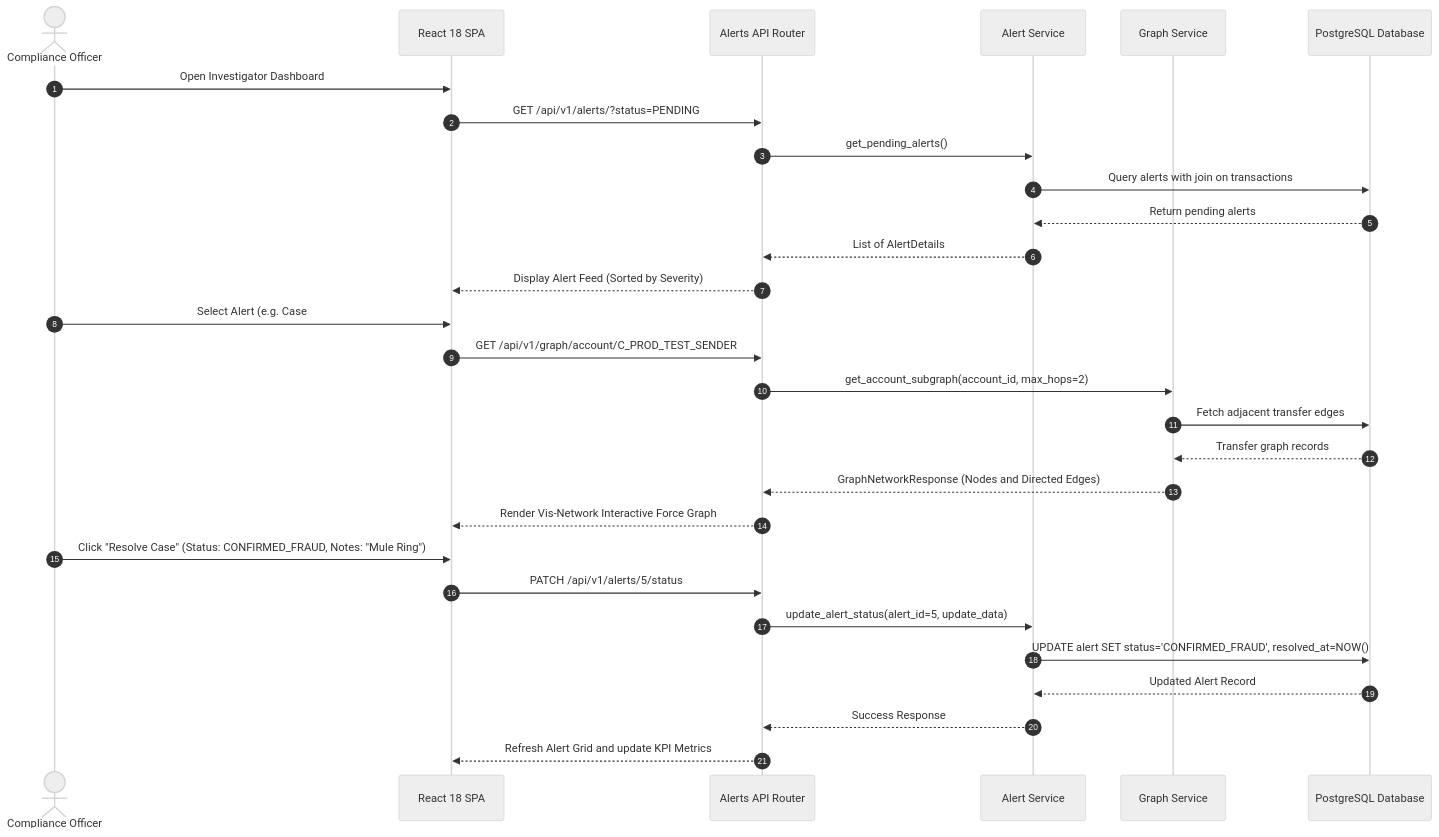
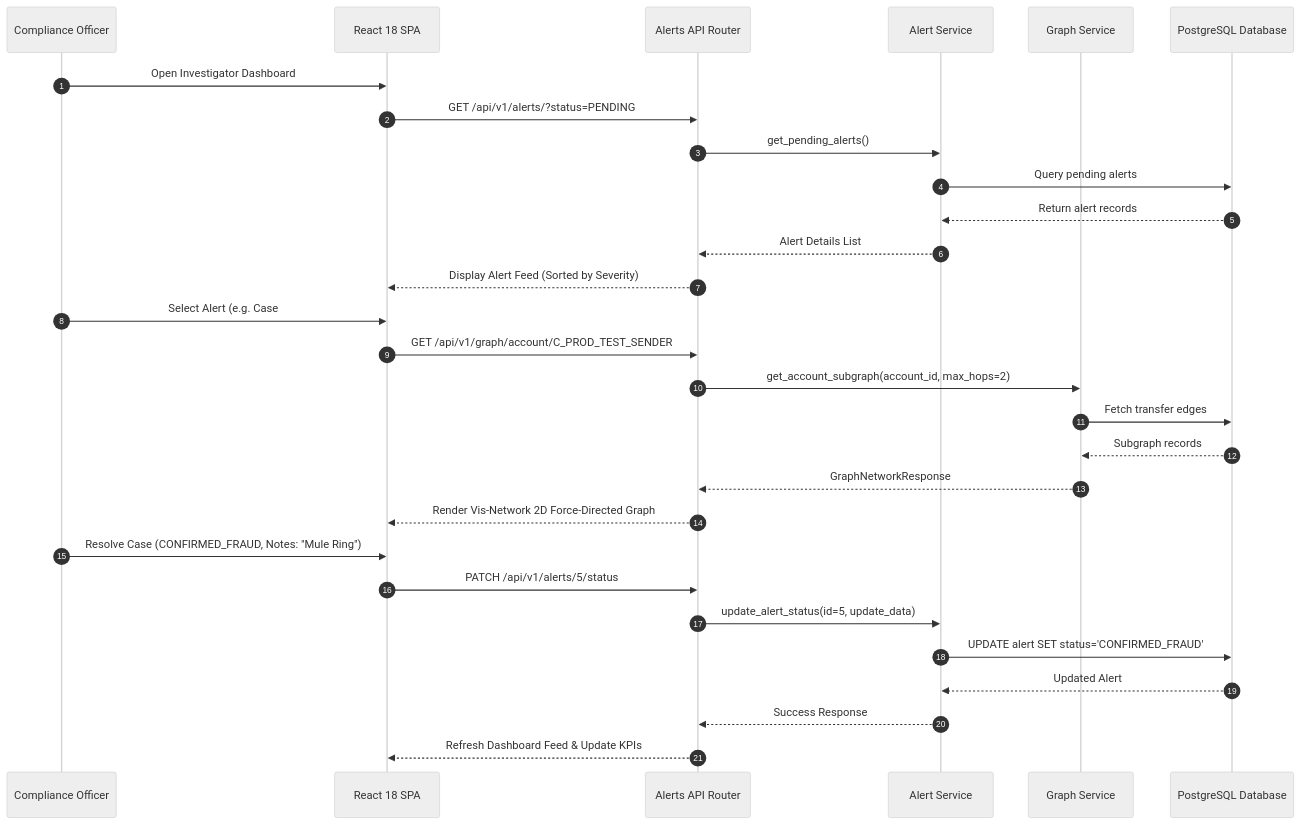
Before and after one commit to BharathKumar113/anti_money_laundering: diagram 13 of 14 in documentation.md, drawn with Mermaid (neutral theme). The commit also changed other lines of this file, not shown here.

Commit message:
docs: finalize full-length academic documentation with dual-rendered UML and architecture diagrams

````diff
--- a/documentation.md
+++ b/documentation.md
@@ -758,34 +923,34 @@
 ```mermaid
 sequenceDiagram
     autonumber
-    actor Officer as Compliance Officer
+    participant Officer as Compliance Officer
     participant UI as React 18 SPA
     participant Router as Alerts API Router
     participant AlertSvc as Alert Service
     participant GraphSvc as Graph Service
     participant DB as PostgreSQL Database
 
     Officer->>UI: Open Investigator Dashboard
     UI->>Router: GET /api/v1/alerts/?status=PENDING
     Router->>AlertSvc: get_pending_alerts()
-    AlertSvc->>DB: Query alerts with join on transactions
-    DB-->>AlertSvc: Return pending alerts
-    AlertSvc-->>Router: List of AlertDetails
+    AlertSvc->>DB: Query pending alerts
+    DB-->>AlertSvc: Return alert records
+    AlertSvc-->>Router: Alert Details List
     Router-->>UI: Display Alert Feed (Sorted by Severity)
 
     Officer->>UI: Select Alert (e.g. Case #5, Risk: 0.8711)
     UI->>Router: GET /api/v1/graph/account/C_PROD_TEST_SENDER
     Router->>GraphSvc: get_account_subgraph(account_id, max_hops=2)
-    GraphSvc->>DB: Fetch adjacent transfer edges
-    DB-->>GraphSvc: Transfer graph records
-    GraphSvc-->>Router: GraphNetworkResponse (Nodes and Directed Edges)
-    Router-->>UI: Render Vis-Network Interactive Force Graph
+    GraphSvc->>DB: Fetch transfer edges
+    DB-->>GraphSvc: Subgraph records
+    GraphSvc-->>Router: GraphNetworkResponse
+    Router-->>UI: Render Vis-Network 2D Force-Directed Graph
 
-    Officer->>UI: Click "Resolve Case" (Status: CONFIRMED_FRAUD, Notes: "Mule Ring")
+    Officer->>UI: Resolve Case (CONFIRMED_FRAUD, Notes: "Mule Ring")
     UI->>Router: PATCH /api/v1/alerts/5/status
-    Router->>AlertSvc: update_alert_status(alert_id=5, update_data)
-    AlertSvc->>DB: UPDATE alert SET status='CONFIRMED_FRAUD', resolved_at=NOW()
-    DB-->>AlertSvc: Updated Alert Record
+    Router->>AlertSvc: update_alert_status(id=5, update_data)
+    AlertSvc->>DB: UPDATE alert SET status='CONFIRMED_FRAUD'
+    DB-->>AlertSvc: Updated Alert
     AlertSvc-->>Router: Success Response
-    Router-->>UI: Refresh Alert Grid and update KPI Metrics
+    Router-->>UI: Refresh Dashboard Feed & Update KPIs
 ```
````
